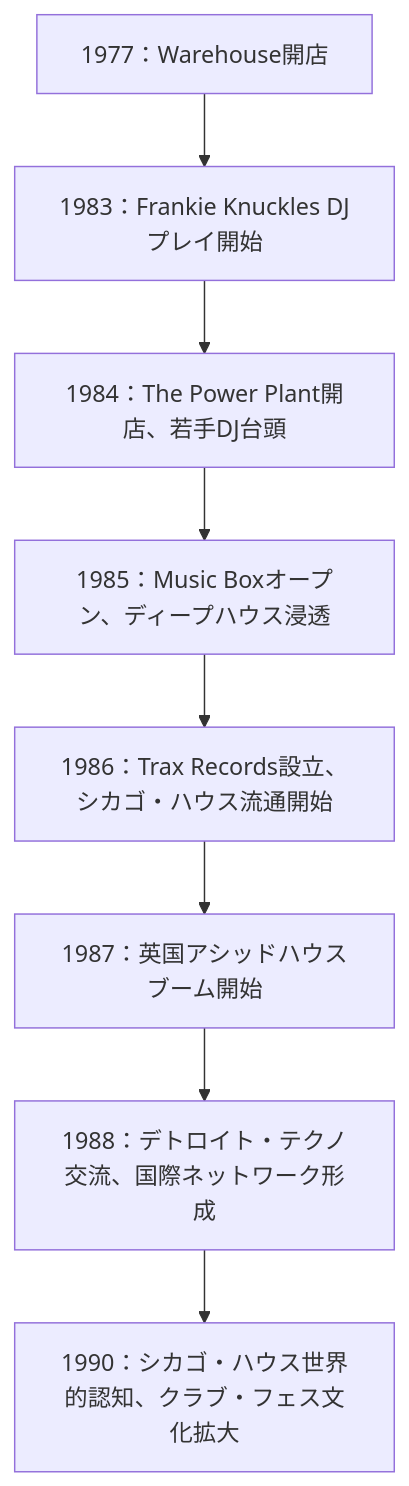
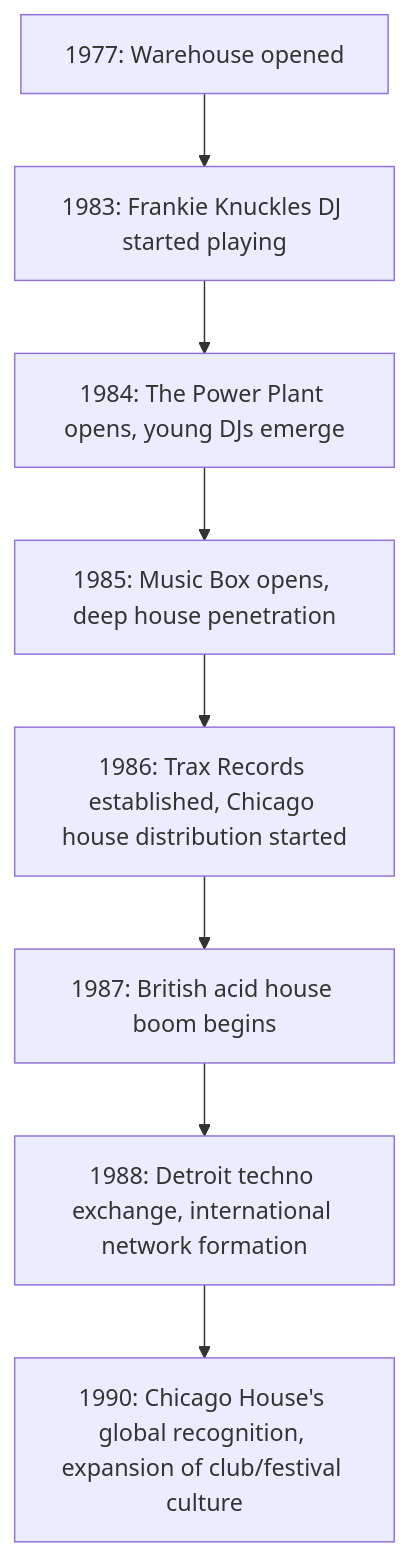
The diagram in en/_posts/2025-10-11-Colum-Chicago-House.md (monumental-movement/monumental-movement.github.io), drawn with Mermaid before and after one commit. The commit also changed other lines of this file and 1631 other files, not shown here.

```diff
--- a/en/_posts/2025-10-11-Colum-Chicago-House.md
+++ b/en/_posts/2025-10-11-Colum-Chicago-House.md
@@ -163,12 +160,12 @@
 <div class="mermaid">
 
 flowchart TD
-    A1977["1977：Warehouse開店"] --> B1983["1983：Frankie Knuckles DJプレイ開始"]
-    B1983 --> C1984["1984：The Power Plant開店、若手DJ台頭"]
-    C1984 --> D1985["1985：Music Boxオープン、ディープハウス浸透"]
-    D1985 --> E1986["1986：Trax Records設立、シカゴ・ハウス流通開始"]
-    E1986 --> F1987["1987：英国アシッドハウスブーム開始"]
-    F1987 --> G1988["1988：デトロイト・テクノ交流、国際ネットワーク形成"]
-    G1988 --> H1990["1990：シカゴ・ハウス世界的認知、クラブ・フェス文化拡大"]
+    A1977["1977: Warehouse opened"] --> B1983["1983: Frankie Knuckles DJ started playing"]
+    B1983 --> C1984["1984: The Power Plant opens, young DJs emerge"]
+    C1984 --> D1985["1985: Music Box opens, deep house penetration"]
+    D1985 --> E1986["1986: Trax Records established, Chicago house distribution started"]
+    E1986 --> F1987["1987: British acid house boom begins"]
+    F1987 --> G1988["1988: Detroit techno exchange, international network formation"]
+    G1988 --> H1990["1990: Chicago House's global recognition, expansion of club/festival culture"]
 
 </div>
```
